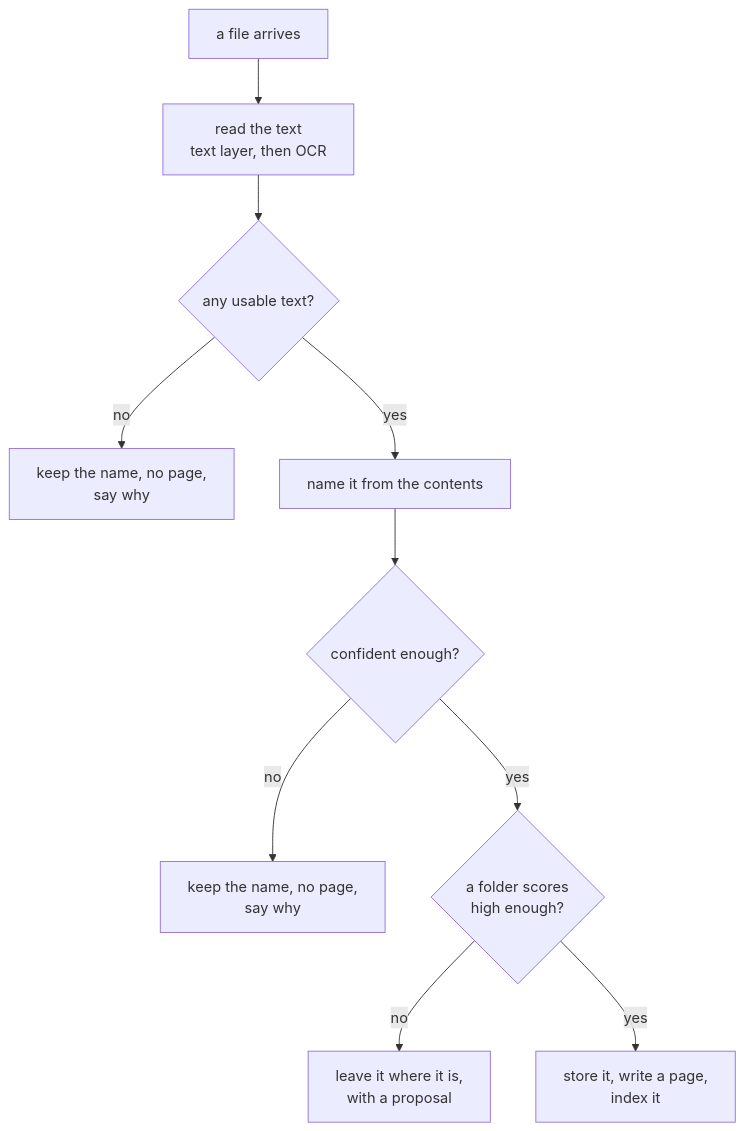
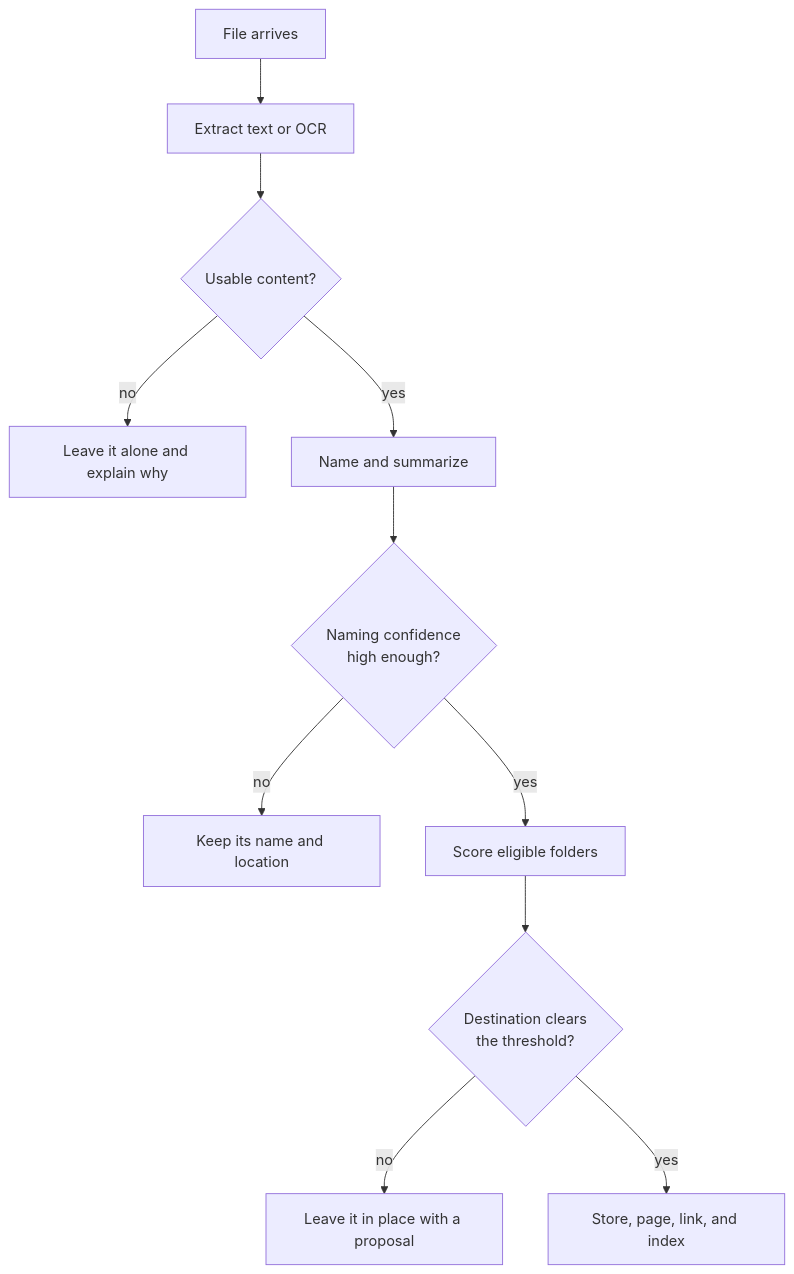
One commit to tenphi/akno changed the fifth of 7 diagrams in HOW-IT-WORKS.md. Above: the diagram before and after it, drawn with Mermaid. The commit also changed other lines of this file and 5 other files, not shown here.

````diff
--- a/HOW-IT-WORKS.md
+++ b/HOW-IT-WORKS.md
@@ -577,12 +507,13 @@
 ```mermaid
 flowchart TD
-    file["a file arrives"] --> extract["read the text<br/>text layer, then OCR"]
-    extract --> readable{"any usable text?"}
-    readable -->|no| keep1["keep the name, no page,<br/>say why"]
-    readable -->|yes| name["name it from the contents"]
-    name --> sure{"confident enough?"}
-    sure -->|no| keep2["keep the name, no page,<br/>say why"]
-    sure -->|yes| route{"a folder scores<br/>high enough?"}
-    route -->|no| keep3["leave it where it is,<br/>with a proposal"]
-    route -->|yes| store["store it, write a page,<br/>index it"]
+    input["File arrives"] --> extract["Extract text or OCR"]
+    extract --> usable{"Usable content?"}
+    usable -->|no| report1["Leave it alone and explain why"]
+    usable -->|yes| describe["Name and summarize"]
+    describe --> named{"Naming confidence<br/>high enough?"}
+    named -->|no| report2["Keep its name and location"]
+    named -->|yes| route["Score eligible folders"]
+    route --> clear{"Destination clears<br/>the threshold?"}
+    clear -->|no| report3["Leave it in place with a proposal"]
+    clear -->|yes| store["Store, page, link, and index"]
 ```
````
